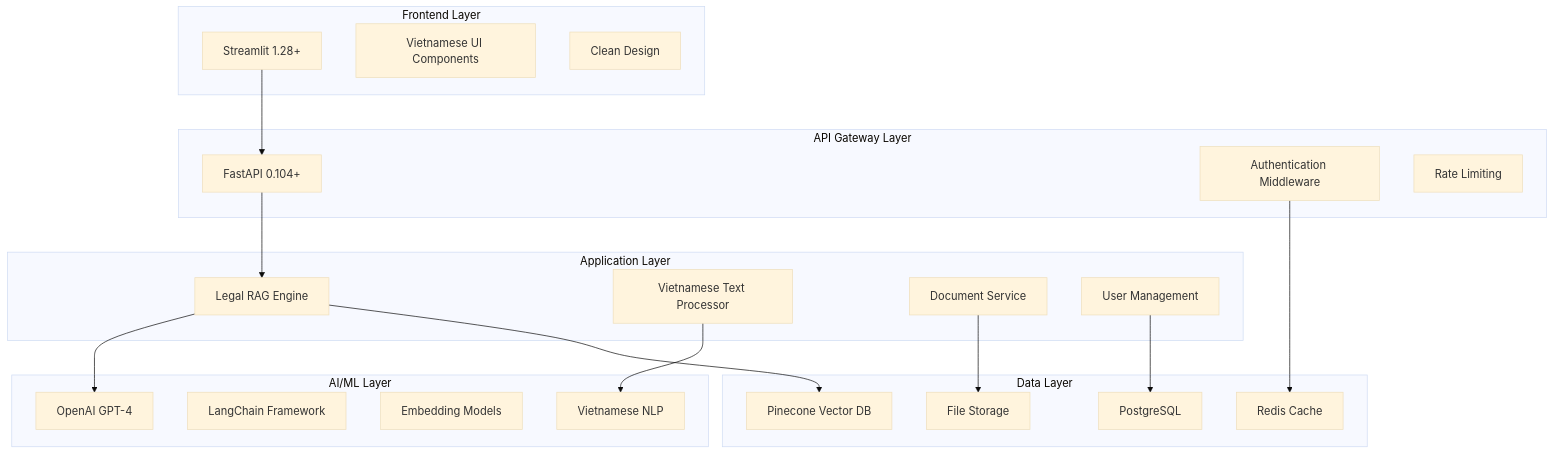
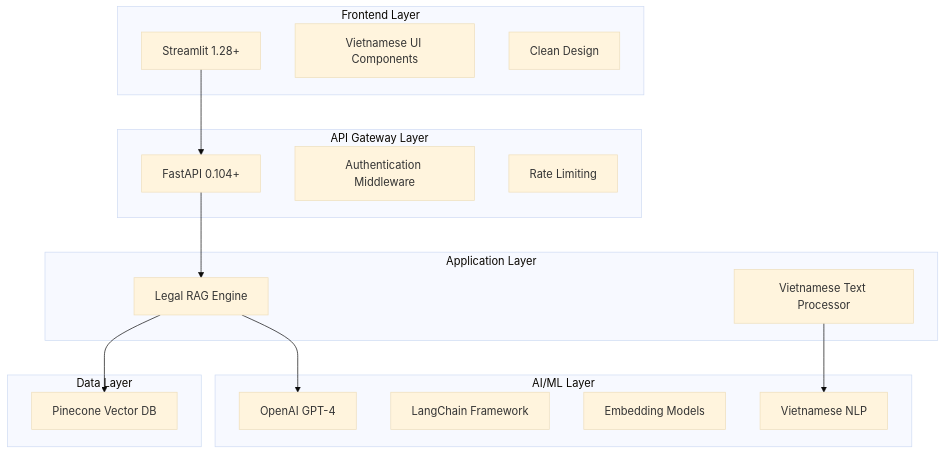
One commit to LePhuongPhuong/F1-Hackathon-CopilotTeam changed the first of 15 diagrams in vietnamese_legal_chatbot/docs/system-architecture.md. Above: the diagram before and after it, drawn with Mermaid (base theme). The commit also changed other lines of this file and 15 other files, not shown here.

````diff
--- a/vietnamese_legal_chatbot/docs/system-architecture.md
+++ b/vietnamese_legal_chatbot/docs/system-architecture.md
@@ -33,44 +33,36 @@
 ```mermaid
 graph TB
     subgraph "Frontend Layer"
         A1[Streamlit 1.28+]
         A2[Vietnamese UI Components]
         A3[Clean Design]
     end
     
     subgraph "API Gateway Layer"
         B1[FastAPI 0.104+]
         B2[Authentication Middleware]
         B3[Rate Limiting]
     end
     
     subgraph "Application Layer"
         C1[Legal RAG Engine]
         C2[Vietnamese Text Processor]
-        C3[Document Service]
-        C4[User Management]
     end
     
     subgraph "AI/ML Layer"
         D1[OpenAI GPT-4]
         D2[LangChain Framework]
         D3[Embedding Models]
         D4[Vietnamese NLP]
     end
     
     subgraph "Data Layer"
         E1[Pinecone Vector DB]
-        E2[PostgreSQL]
-        E3[Redis Cache]
-        E4[File Storage]
     end
     
     A1 --> B1
     B1 --> C1
     C1 --> D1
     C1 --> E1
     C2 --> D4
-    C3 --> E4
-    C4 --> E2
-    B2 --> E3
 ```
````
